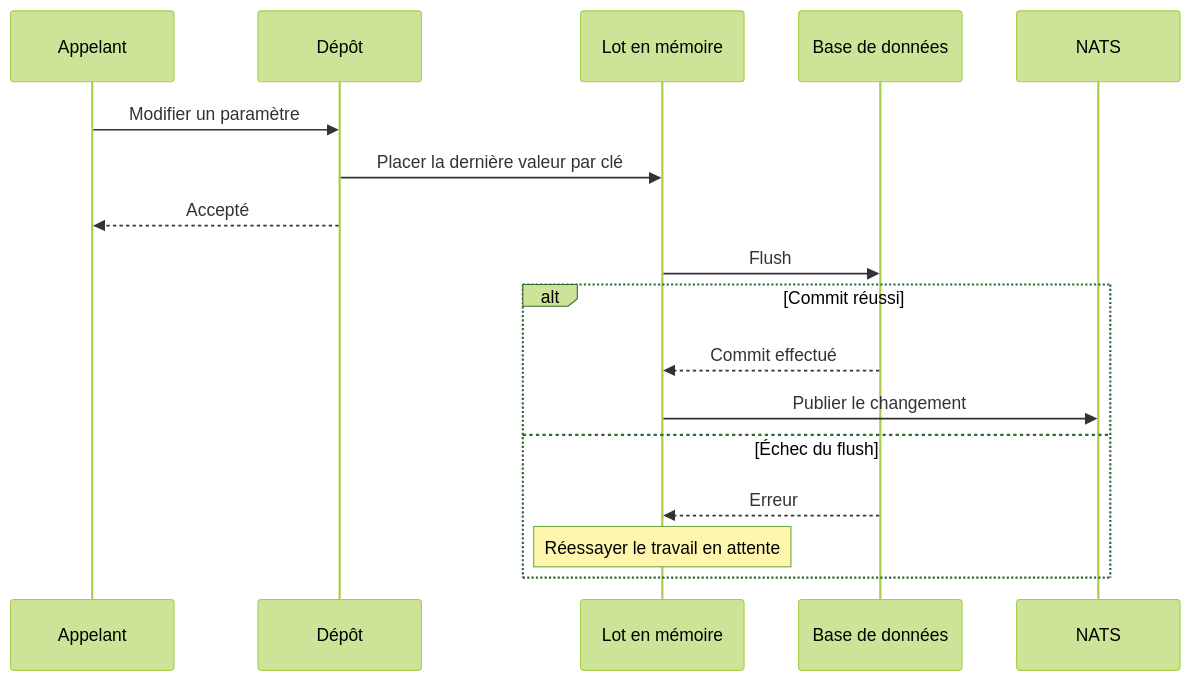
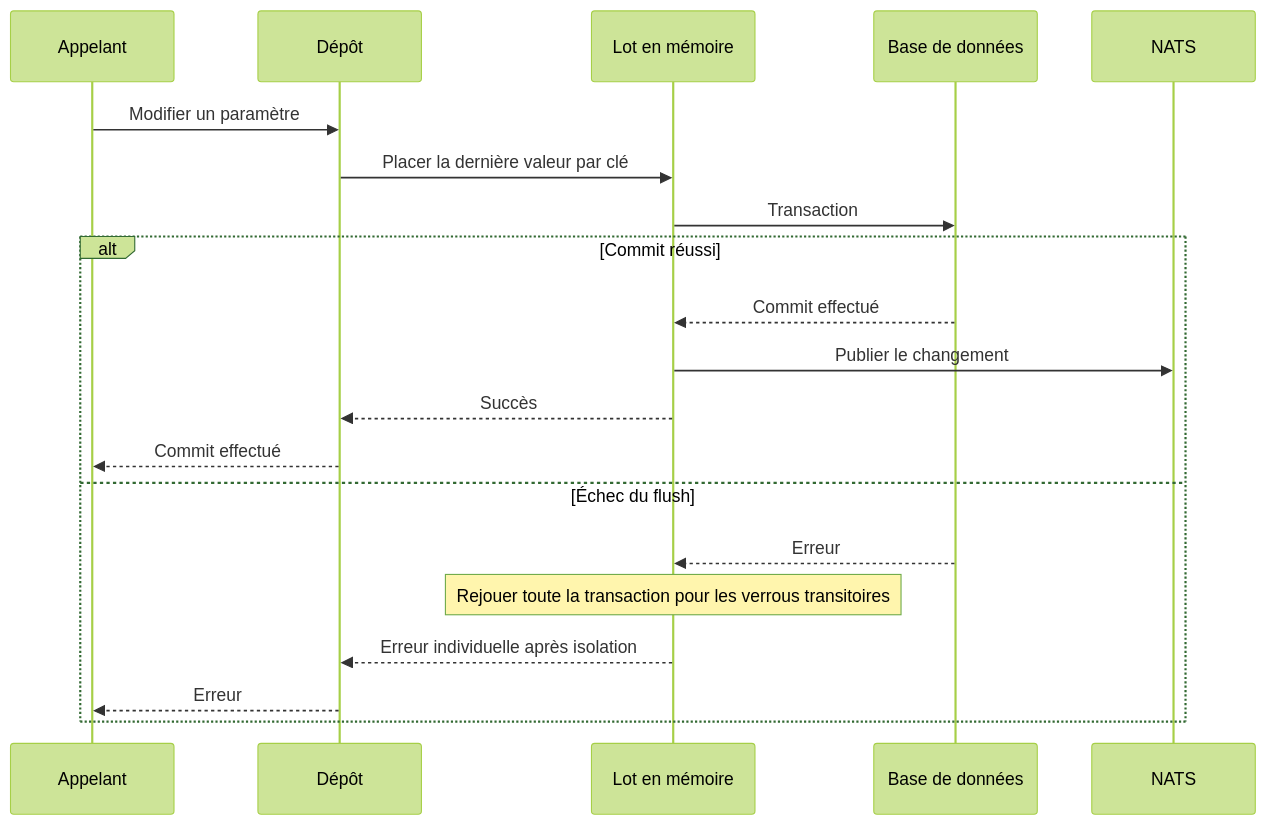
The diagram in web/docs/src/content/docs/fr/data-and-state/caching.md (AdamOusmer/ItsBagelBot), drawn with Mermaid (forest theme) before and after one commit. The commit also changed other lines of this file and 44 other files, not shown here.

````diff
--- a/web/docs/src/content/docs/fr/data-and-state/caching.md
+++ b/web/docs/src/content/docs/fr/data-and-state/caching.md
@@ -17,19 +17,22 @@
 ```mermaid
 sequenceDiagram
     participant C as Appelant
     participant R as Dépôt
     participant B as Lot en mémoire
     participant D as Base de données
     participant N as NATS
     C->>R: Modifier un paramètre
     R->>B: Placer la dernière valeur par clé
-    R-->>C: Accepté
-    B->>D: Flush
+    B->>D: Transaction
     alt Commit réussi
         D-->>B: Commit effectué
         B->>N: Publier le changement
+        B-->>R: Succès
+        R-->>C: Commit effectué
     else Échec du flush
         D-->>B: Erreur
-        Note over B: Réessayer le travail en attente
+        Note over B: Rejouer toute la transaction pour les verrous transitoires
+        B-->>R: Erreur individuelle après isolation
+        R-->>C: Erreur
     end
 ```
````
